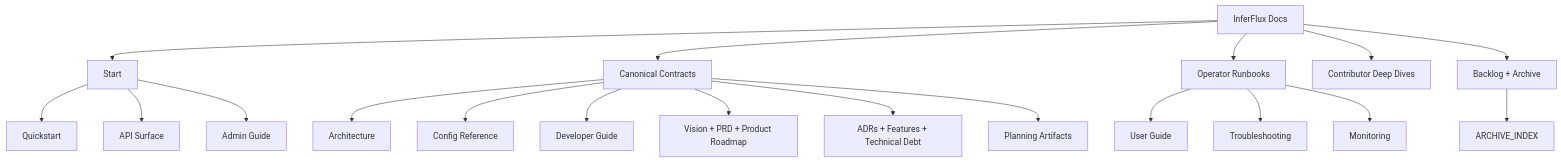
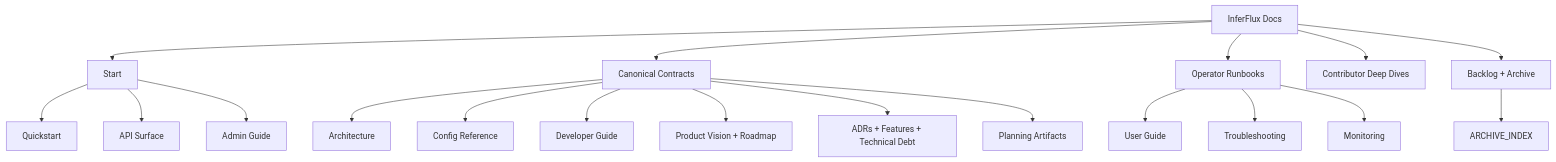
Before and after one commit to anvai-labs/inferflux: the diagram in docs/INDEX.md, drawn with Mermaid. The commit also changed other lines of this file and 17 other files, not shown here.

````diff
--- a/docs/INDEX.md
+++ b/docs/INDEX.md
@@ -5,25 +5,25 @@
 ```mermaid
 graph TD
     A[InferFlux Docs] --> B[Start]
     A --> C[Canonical Contracts]
     A --> D[Operator Runbooks]
     A --> E[Contributor Deep Dives]
     A --> F[Backlog + Archive]
 
     B --> B1[Quickstart]
     B --> B2[API Surface]
     B --> B3[Admin Guide]
 
     C --> C1[Architecture]
     C --> C2[Config Reference]
     C --> C3[Developer Guide]
-    C --> C4[Vision + PRD + Product Roadmap]
+    C --> C4[Product Vision + Roadmap]
     C --> C6[ADRs + Features + Technical Debt]
     C --> C5[Planning Artifacts]
 
     D --> D1[User Guide]
     D --> D2[Troubleshooting]
     D --> D3[Monitoring]
 
     F --> F2[ARCHIVE_INDEX]
 ```
````
